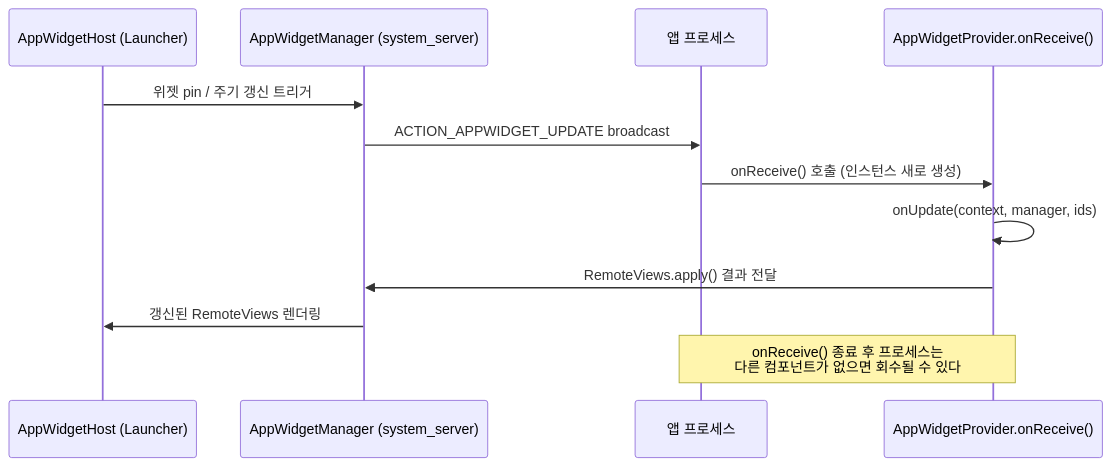
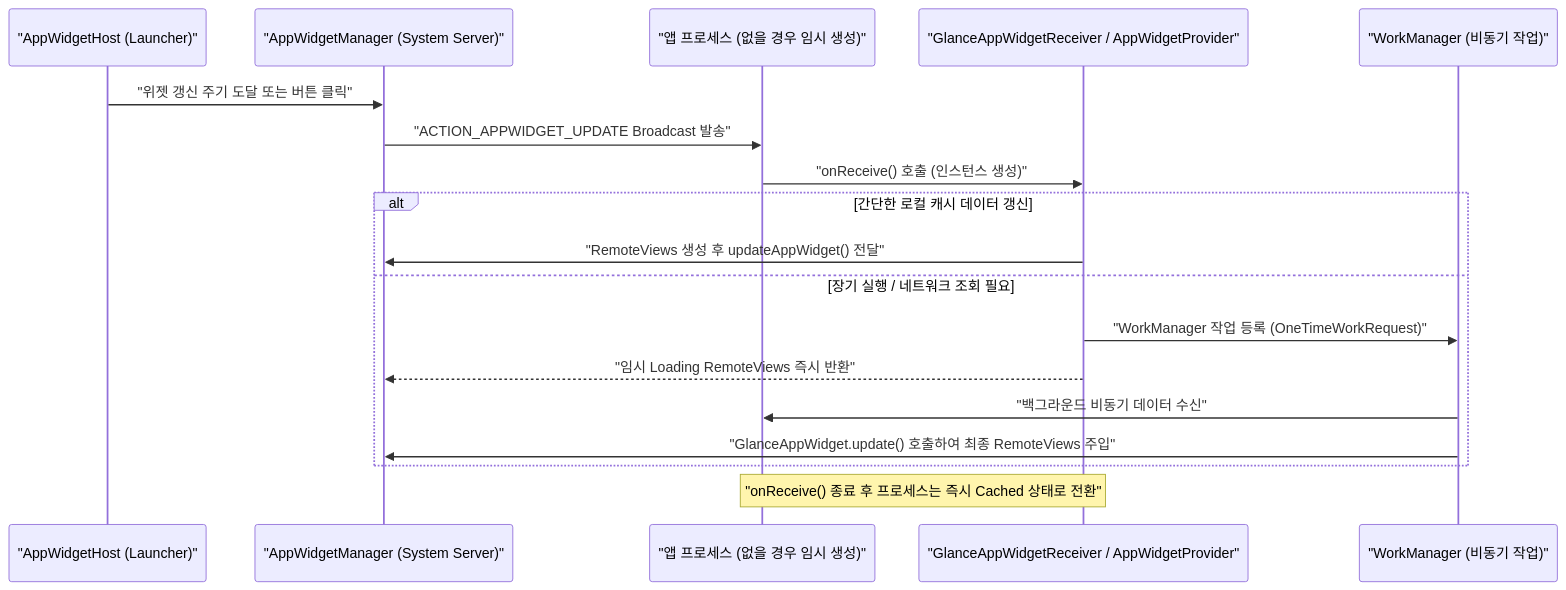
The diagram in 01_inbox/mobile/android/02_app_framework/app-widgets/app-widget-contracts/appwidgetprovider-lifecycle-runs-through-broadcasts-not-a-persistent-process.md (youngmin-gwon/what-i-studied), drawn with Mermaid before and after one commit. The commit also changed other lines of this file and 107 other files, not shown here.

````diff
--- a/01_inbox/mobile/android/02_app_framework/app-widgets/app-widget-contracts/appwidgetprovider-lifecycle-runs-through-broadcasts-not-a-persistent-process.md
+++ b/01_inbox/mobile/android/02_app_framework/app-widgets/app-widget-contracts/appwidgetprovider-lifecycle-runs-through-broadcasts-not-a-persistent-process.md
@@ -20,15 +31,21 @@
 ```mermaid
 sequenceDiagram
-    participant Host as AppWidgetHost (Launcher)
-    participant AWM as AppWidgetManager (system_server)
-    participant App as 앱 프로세스
-    participant Provider as AppWidgetProvider.onReceive()
+    participant Host as "AppWidgetHost (Launcher)"
+    participant AWM as "AppWidgetManager (System Server)"
+    participant App as "앱 프로세스 (없을 경우 임시 생성)"
+    participant Provider as "GlanceAppWidgetReceiver / AppWidgetProvider"
+    participant WM as "WorkManager (비동기 작업)"
 
-    Host->>AWM: 위젯 pin / 주기 갱신 트리거
-    AWM->>App: ACTION_APPWIDGET_UPDATE broadcast
-    App->>Provider: onReceive() 호출 (인스턴스 새로 생성)
-    Provider->>Provider: onUpdate(context, manager, ids)
-    Provider->>AWM: RemoteViews.apply() 결과 전달
-    AWM->>Host: 갱신된 RemoteViews 렌더링
-    Note over App,Provider: onReceive() 종료 후 프로세스는<br/>다른 컴포넌트가 없으면 회수될 수 있다
+    Host->>AWM: "위젯 갱신 주기 도달 또는 버튼 클릭"
+    AWM->>App: "ACTION_APPWIDGET_UPDATE Broadcast 발송"
+    App->>Provider: "onReceive() 호출 (인스턴스 생성)"
+    alt 간단한 로컬 캐시 데이터 갱신
+        Provider->>AWM: "RemoteViews 생성 후 updateAppWidget() 전달"
+    else 장기 실행 / 네트워크 조회 필요
+        Provider->>WM: "WorkManager 작업 등록 (OneTimeWorkRequest)"
+        Provider-->>AWM: "임시 Loading RemoteViews 즉시 반환"
+        WM->>App: "백그라운드 비동기 데이터 수신"
+        WM->>AWM: "GlanceAppWidget.update() 호출하여 최종 RemoteViews 주입"
+    end
+    Note over App,Provider: "onReceive() 종료 후 프로세스는 즉시 Cached 상태로 전환"
 ```
````
